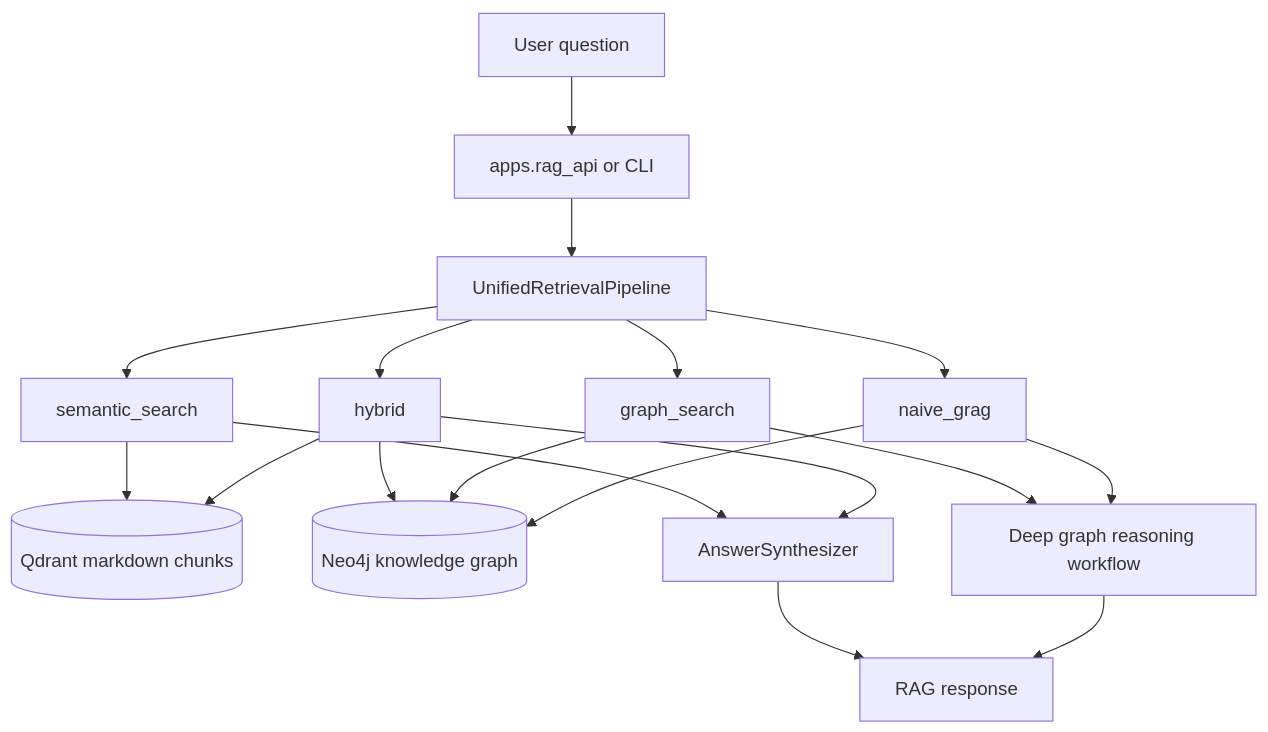
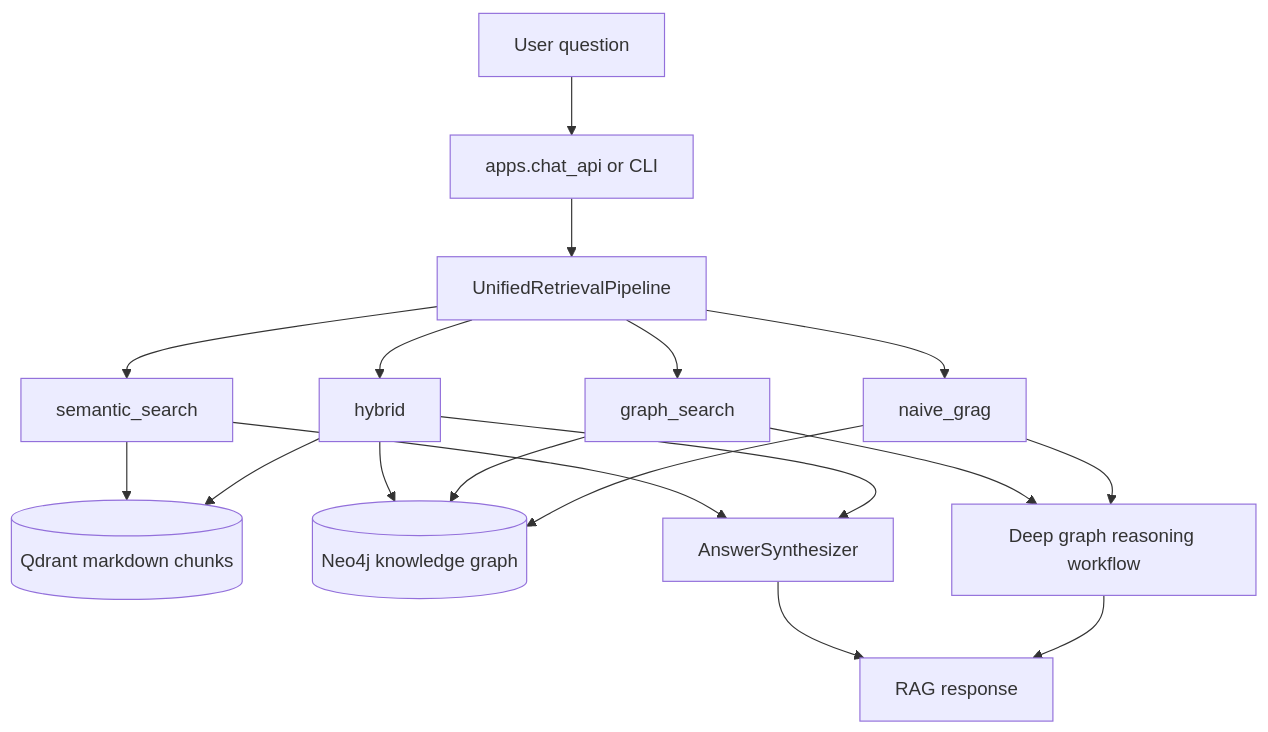
One commit to quyen20345/KGsAuto changed the first of 8 diagrams in services/rag_system/README.md. Above: the diagram before and after it, drawn with Mermaid. The commit also changed other lines of this file and 72 other files, not shown here.

````diff
--- a/services/rag_system/README.md
+++ b/services/rag_system/README.md
@@ -12,24 +12,24 @@
 ```mermaid
 flowchart TB
-    User[User question] --> API[apps.rag_api or CLI]
+    User[User question] --> API[apps.chat_api or CLI]
     API --> Pipeline[UnifiedRetrievalPipeline]
 
     Pipeline --> Semantic[semantic_search]
     Pipeline --> GraphSearch[graph_search]
     Pipeline --> Naive[naive_grag]
     Pipeline --> Hybrid[hybrid]
 
     Semantic --> Qdrant[(Qdrant markdown chunks)]
     Hybrid --> Qdrant
     Hybrid --> Neo4j[(Neo4j knowledge graph)]
     GraphSearch --> Neo4j
     Naive --> Neo4j
 
     Semantic --> Synth[AnswerSynthesizer]
     Hybrid --> Synth
     GraphSearch --> DeepReasoning[Deep graph reasoning workflow]
     Naive --> DeepReasoning
 
     Synth --> Response[RAG response]
     DeepReasoning --> Response
 ```
````
